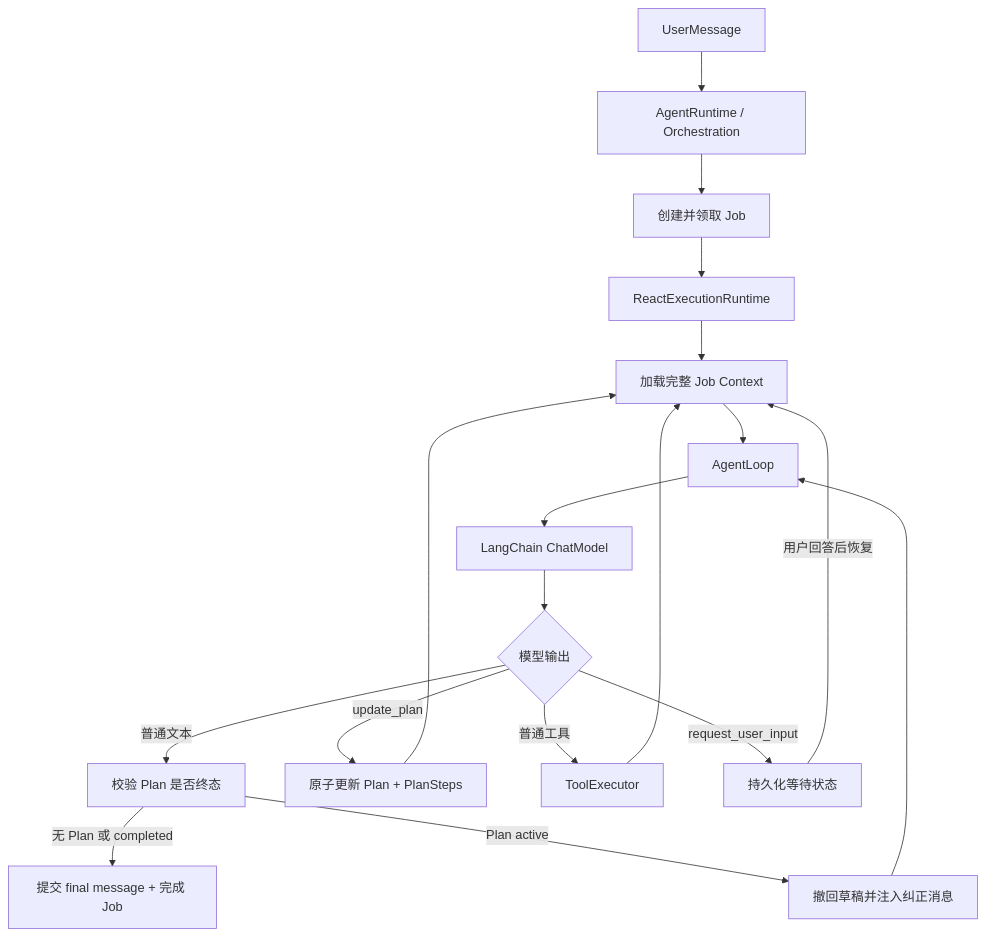
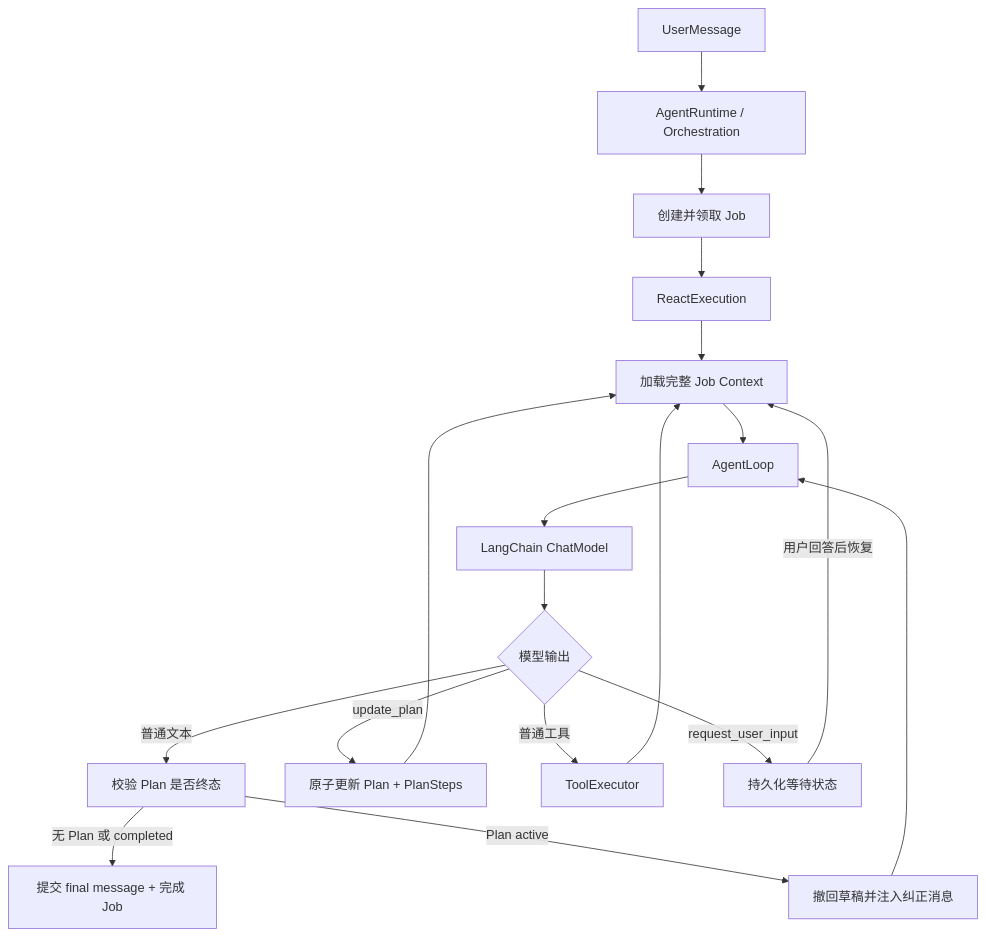
The first of 2 diagrams in docs/01-unified-react-runtime.md (lucyonegit/agent-runtime-v2), drawn with Mermaid before and after one commit. The commit also changed other lines of this file and 17 other files, not shown here.

````diff
--- a/docs/01-unified-react-runtime.md
+++ b/docs/01-unified-react-runtime.md
@@ -7,20 +7,20 @@
 ```mermaid
 flowchart TD
     U["UserMessage"] --> O["AgentRuntime / Orchestration"]
     O --> J["创建并领取 Job"]
-    J --> R["ReactExecutionRuntime"]
+    J --> R["ReactExecution"]
     R --> C["加载完整 Job Context"]
     C --> L["AgentLoop"]
     L --> M["LangChain ChatModel"]
     M --> D{"模型输出"}
     D -->|"普通文本"| V["校验 Plan 是否终态"]
     V -->|"无 Plan 或 completed"| F["提交 final message + 完成 Job"]
     V -->|"Plan active"| X["撤回草稿并注入纠正消息"]
     X --> L
     D -->|"update_plan"| P["原子更新 Plan + PlanSteps"]
     D -->|"普通工具"| T["ToolExecutor"]
     P --> C
     T --> C
     D -->|"request_user_input"| H["持久化等待状态"]
     H -->|"用户回答后恢复"| C
 ```
````
